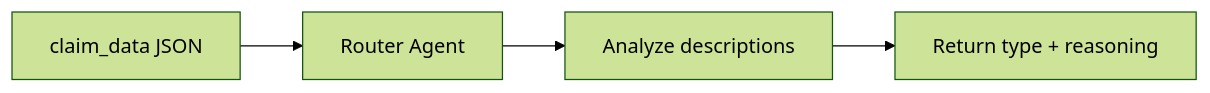
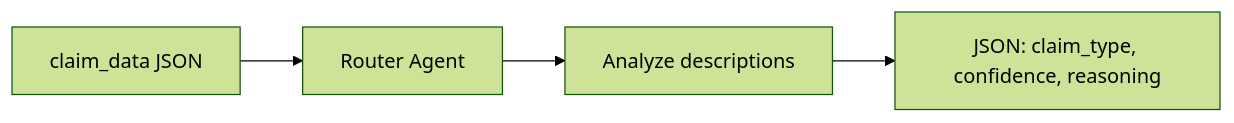
Before and after one commit to csmangum/auto-agent: the second of 7 diagrams in docs/agent-flow.md, drawn with Mermaid (forest theme). The commit also changed other lines of this file and 11 other files, not shown here.

````diff
--- a/docs/agent-flow.md
+++ b/docs/agent-flow.md
@@ -81,6 +83,6 @@
 ```mermaid
 flowchart LR
     A[claim_data JSON] --> B[Router Agent]
     B --> C[Analyze descriptions]
-    C --> D[Return type + reasoning]
+    C --> D[JSON: claim_type, confidence, reasoning]
 ```
````
